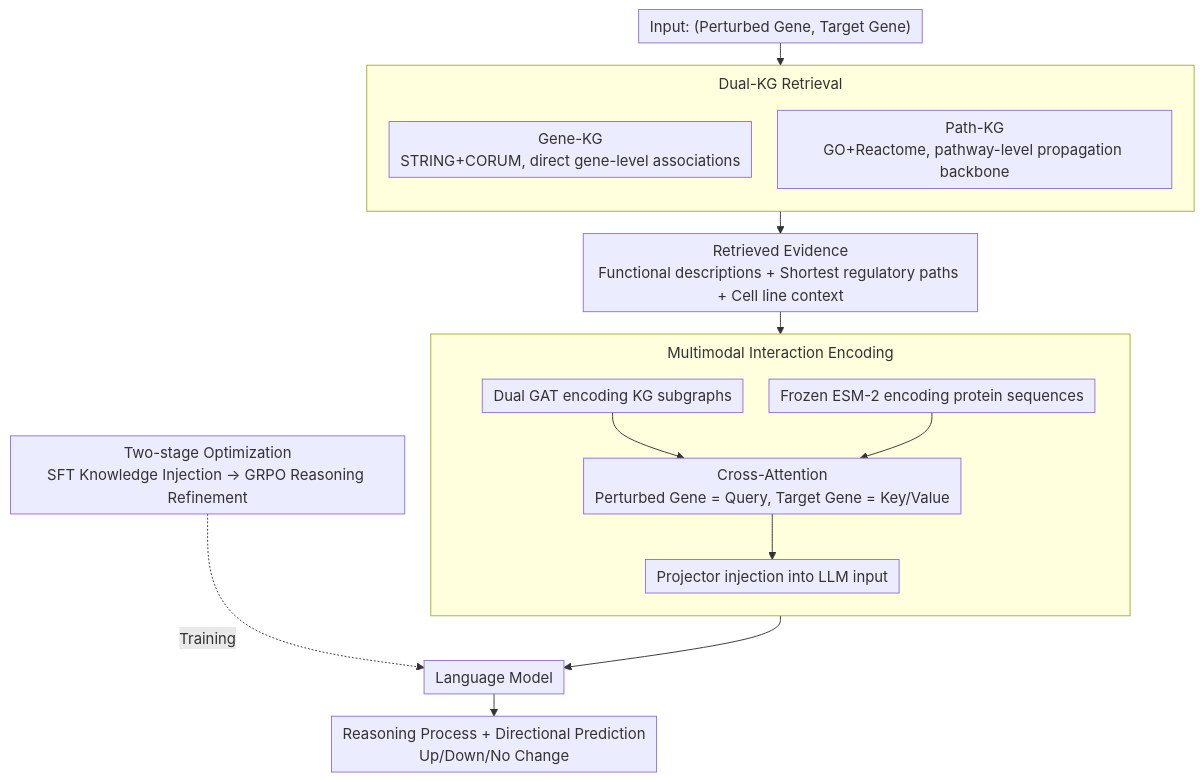
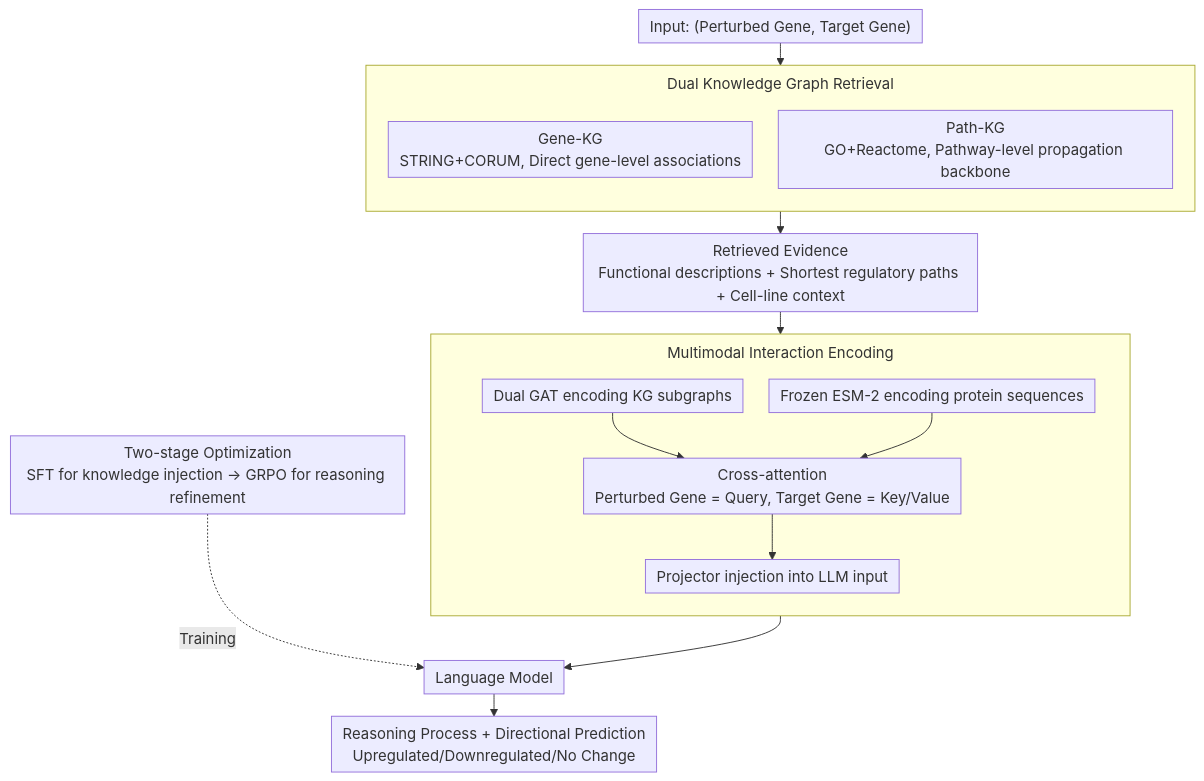
The diagram in docs/ACL2026/computational_biology/aroma_augmented_reasoning_over_a_multimodal_architecture_for_virtual_cell_geneti.md (zhaoyang97/Paper-Notes-en), drawn with Mermaid before and after one commit. The commit also changed other lines of this file and 5084 other files, not shown here.

````diff
--- a/docs/ACL2026/computational_biology/aroma_augmented_reasoning_over_a_multimodal_architecture_for_virtual_cell_geneti.md
+++ b/docs/ACL2026/computational_biology/aroma_augmented_reasoning_over_a_multimodal_architecture_for_virtual_cell_geneti.md
@@ -44,22 +44,22 @@
 ```mermaid
 %%{init: {'flowchart': {'rankSpacing': 24, 'nodeSpacing': 28, 'padding': 6, 'wrappingWidth': 400, 'subGraphTitleMargin': {'top': 8, 'bottom': 16}}}}%%
 flowchart TD
     A["Input: (Perturbed Gene, Target Gene)"] --> R
-    subgraph R["Dual-KG Retrieval"]
+    subgraph R["Dual Knowledge Graph Retrieval"]
         direction TB
-        R1["Gene-KG<br/>STRING+CORUM, direct gene-level associations"]
-        R2["Path-KG<br/>GO+Reactome, pathway-level propagation backbone"]
+        R1["Gene-KG<br/>STRING+CORUM, Direct gene-level associations"]
+        R2["Path-KG<br/>GO+Reactome, Pathway-level propagation backbone"]
     end
-    R --> C["Retrieved Evidence<br/>Functional descriptions + Shortest regulatory paths + Cell line context"]
+    R --> C["Retrieved Evidence<br/>Functional descriptions + Shortest regulatory paths + Cell-line context"]
     C --> E
     subgraph E["Multimodal Interaction Encoding"]
         direction TB
         E1["Dual GAT encoding KG subgraphs"]
         E2["Frozen ESM-2 encoding protein sequences"]
-        E1 & E2 --> E3["Cross-Attention<br/>Perturbed Gene = Query, Target Gene = Key/Value"]
+        E1 & E2 --> E3["Cross-attention<br/>Perturbed Gene = Query, Target Gene = Key/Value"]
         E3 --> E4["Projector injection into LLM input"]
     end
     E --> L["Language Model"]
-    T["Two-stage Optimization<br/>SFT Knowledge Injection → GRPO Reasoning Refinement"] -.Training.-> L
-    L --> O["Reasoning Process + Directional Prediction<br/>Up/Down/No Change"]
+    T["Two-stage Optimization<br/>SFT for knowledge injection → GRPO for reasoning refinement"] -.Training.-> L
+    L --> O["Reasoning Process + Directional Prediction<br/>Upregulated/Downregulated/No Change"]
 ```
````
